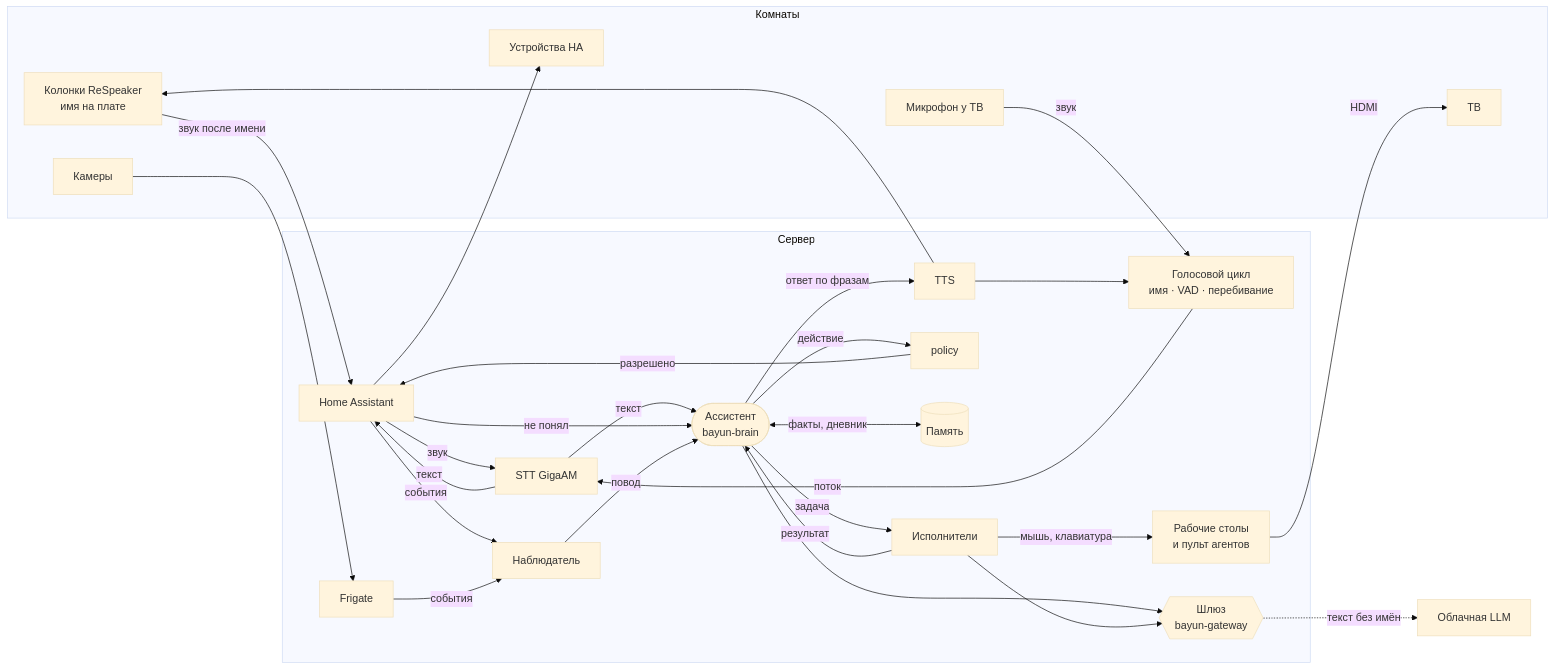
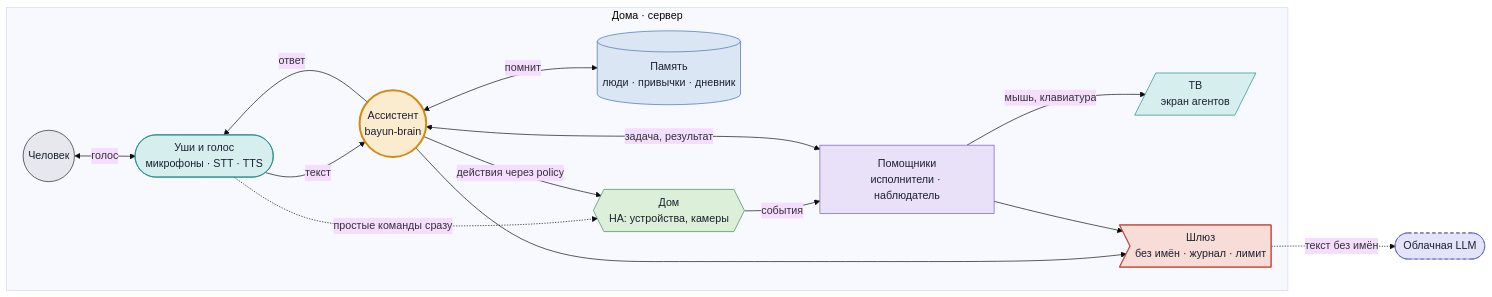
The first of 3 diagrams in docs/agents.md (KonstantinShabaev/bayun), drawn with Mermaid (base theme) before and after one commit. The commit also changed other lines of this file, not shown here.

Commit message:
Схема компонентов: меньше блоков, цвет и форма по роли
Claude-Session: https://claude.ai/code/session_0151YmV2NNHDZ5BjJcfRtHJL

````diff
--- a/docs/agents.md
+++ b/docs/agents.md
@@ -32,51 +32,44 @@
 ```mermaid
 flowchart LR
-  subgraph R["Комнаты"]
-    SAT["Колонки ReSpeaker<br/>имя на плате"]
-    MIC["Микрофон у ТВ"]
-    DEV["Устройства HA"]
-    CAM["Камеры"]
-    TV["ТВ"]
+  subgraph HOME["Дома · сервер"]
+    YOU(("Человек"))
+    EARS(["Уши и голос<br/>микрофоны · STT · TTS"])
+    BRAIN(("Ассистент<br/>bayun-brain"))
+    MEM[("Память<br/>люди · привычки · дневник")]
+    HA{{"Дом<br/>HA: устройства, камеры"}}
+    HELP["Помощники<br/>исполнители · наблюдатель"]
+    TV[/"ТВ<br/>экран агентов"/]
+    GW>"Шлюз<br/>без имён · журнал · лимит"]
   end
-  subgraph L["Сервер"]
-    VOICE["Голосовой цикл<br/>имя · VAD · перебивание"]
-    STT["STT GigaAM"]
-    TTS["TTS"]
-    HA["Home Assistant"]
-    POL["policy"]
-    BRAIN(["Ассистент<br/>bayun-brain"])
-    MEM[("Память")]
-    OBS["Наблюдатель"]
-    WRK["Исполнители"]
-    DESK["Рабочие столы<br/>и пульт агентов"]
-    FRG["Frigate"]
-    GW{{"Шлюз<br/>bayun-gateway"}}
-  end
-  CL["Облачная LLM"]
+  CL(["Облачная LLM"])
 
-  SAT -->|"звук после имени"| HA
-  MIC -->|"звук"| VOICE
-  HA -->|"звук"| STT
-  VOICE -->|"поток"| STT
-  STT -->|"текст"| HA
-  STT -->|"текст"| BRAIN
-  HA -->|"не понял"| BRAIN
-  HA --> DEV
-  BRAIN <-->|"факты, дневник"| MEM
-  BRAIN -->|"действие"| POL
-  POL -->|"разрешено"| HA
-  BRAIN -->|"задача"| WRK
-  WRK -->|"результат"| BRAIN
-  WRK -->|"мышь, клавиатура"| DESK
-  DESK -->|"HDMI"| TV
-  HA -->|"события"| OBS
-  CAM --> FRG
-  FRG -->|"события"| OBS
-  OBS -->|"повод"| BRAIN
-  BRAIN -->|"ответ по фразам"| TTS
-  TTS --> SAT
-  TTS --> VOICE
+  YOU <-->|"голос"| EARS
+  EARS -->|"текст"| BRAIN
+  BRAIN -->|"ответ"| EARS
+  EARS -.->|"простые команды сразу"| HA
+  BRAIN <-->|"помнит"| MEM
+  BRAIN -->|"действия через policy"| HA
+  HA -->|"события"| HELP
+  BRAIN <-->|"задача, результат"| HELP
+  HELP -->|"мышь, клавиатура"| TV
   BRAIN --> GW
-  WRK --> GW
+  HELP --> GW
   GW -.->|"текст без имён"| CL
+
+  classDef brain fill:#fbecd0,stroke:#d48a12,stroke-width:3px,color:#1b2030
+  classDef io fill:#d6efee,stroke:#1f8a8a,color:#1b2030
+  classDef home fill:#dcefd9,stroke:#3c8a3f,color:#1b2030
+  classDef help fill:#e9e1f8,stroke:#7a55c7,color:#1b2030
+  classDef mem fill:#dbe6f5,stroke:#3e6fb0,color:#1b2030
+  classDef guard fill:#f7dcd7,stroke:#c2412f,color:#1b2030
+  classDef cloud fill:#e3e4f7,stroke:#5a5fc0,stroke-dasharray:5 4,color:#1b2030
+  classDef you fill:#e6e8ee,stroke:#1b2030,color:#1b2030
+  class BRAIN brain
+  class EARS,TV io
+  class HA home
+  class HELP help
+  class MEM mem
+  class GW guard
+  class CL cloud
+  class YOU you
 ```
````
